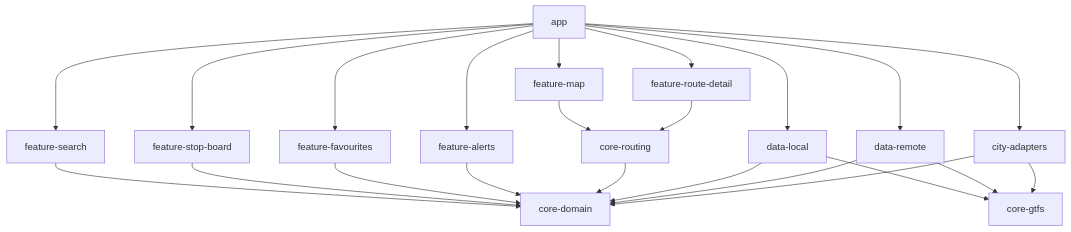
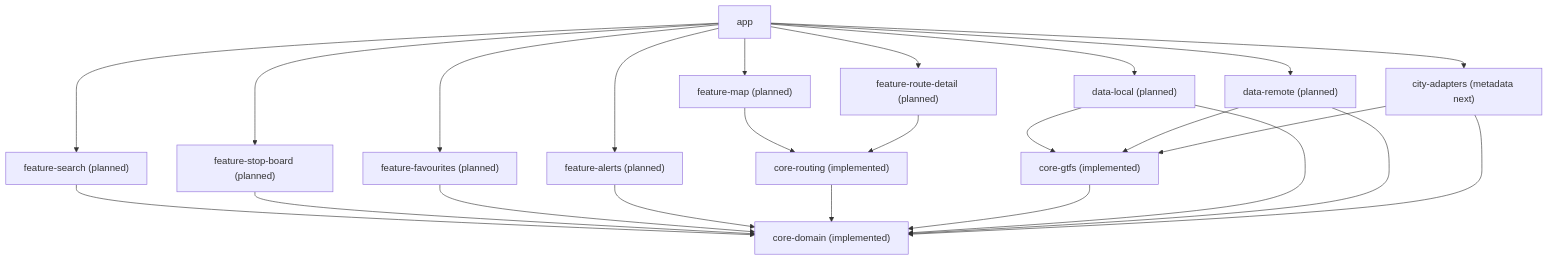
Before and after one commit to Fuuduuu/ANDROBUSS: the second of 6 diagrams in docs/MERMAID_DIAGRAMS.md, drawn with Mermaid. The commit also changed other lines of this file and 16 other files, not shown here.

Commit message:
docs: sync architecture state and diagrams

````diff
--- a/docs/MERMAID_DIAGRAMS.md
+++ b/docs/MERMAID_DIAGRAMS.md
@@ -26,30 +23,31 @@
 ```mermaid
 graph TD
-    app --> feature_map[feature-map]
-    app --> feature_search[feature-search]
-    app --> feature_stop_board[feature-stop-board]
-    app --> feature_route_detail[feature-route-detail]
-    app --> feature_favourites[feature-favourites]
-    app --> feature_alerts[feature-alerts]
-    app --> data_local[data-local]
-    app --> data_remote[data-remote]
-    app --> city_adapters[city-adapters]
+    app --> feature_map["feature-map (planned)"]
+    app --> feature_search["feature-search (planned)"]
+    app --> feature_stop_board["feature-stop-board (planned)"]
+    app --> feature_route_detail["feature-route-detail (planned)"]
+    app --> feature_favourites["feature-favourites (planned)"]
+    app --> feature_alerts["feature-alerts (planned)"]
+    app --> data_local["data-local (planned)"]
+    app --> data_remote["data-remote (planned)"]
+    app --> city_adapters["city-adapters (metadata next)"]
 
-    feature_map --> core_routing[core-routing]
-    feature_search --> core_domain[core-domain]
+    feature_map --> core_routing["core-routing (implemented)"]
+    feature_route_detail --> core_routing
+
+    feature_search --> core_domain["core-domain (implemented)"]
     feature_stop_board --> core_domain
-    feature_route_detail --> core_routing
     feature_favourites --> core_domain
     feature_alerts --> core_domain
 
     core_routing --> core_domain
+    core_gtfs["core-gtfs (implemented)"] --> core_domain
 
-    data_local --> core_gtfs[core-gtfs]
     data_local --> core_domain
+    data_local --> core_gtfs
+    data_remote --> core_domain
+    data_remote --> core_gtfs
 
-    data_remote --> core_gtfs
-    data_remote --> core_domain
-
+    city_adapters --> core_domain
     city_adapters --> core_gtfs
-    city_adapters --> core_domain
 ```
````
